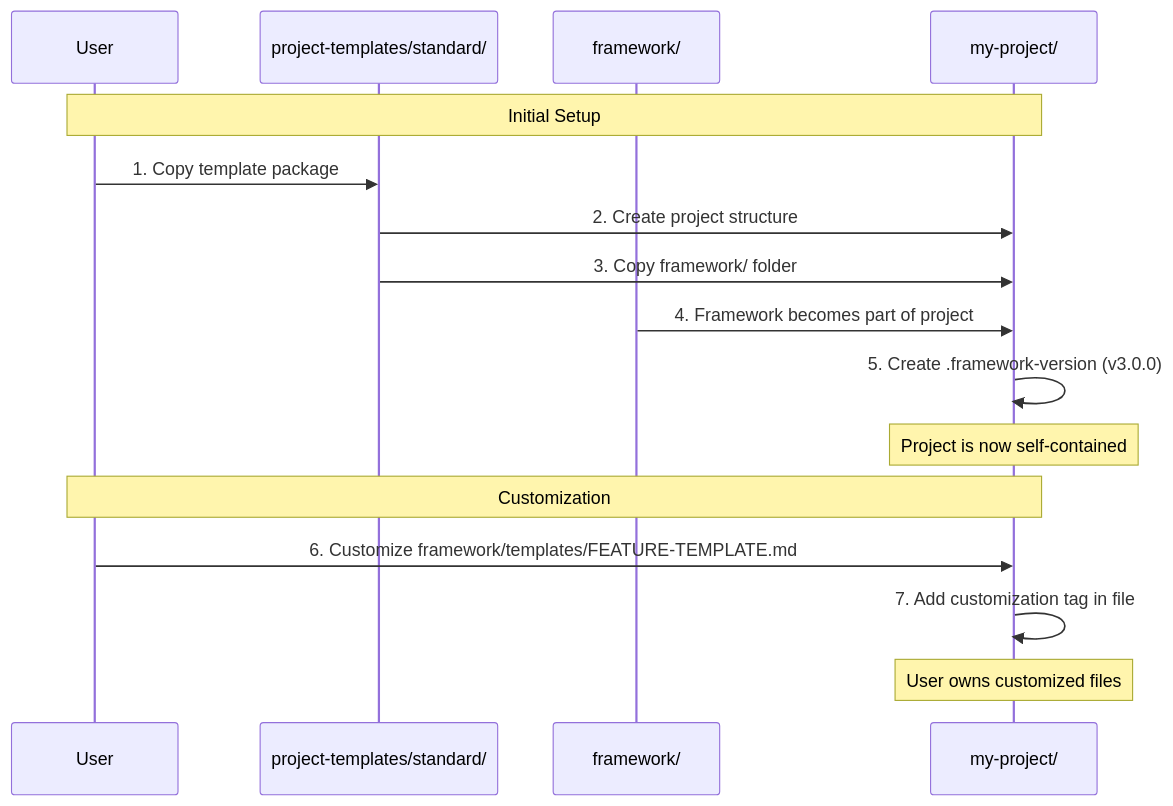
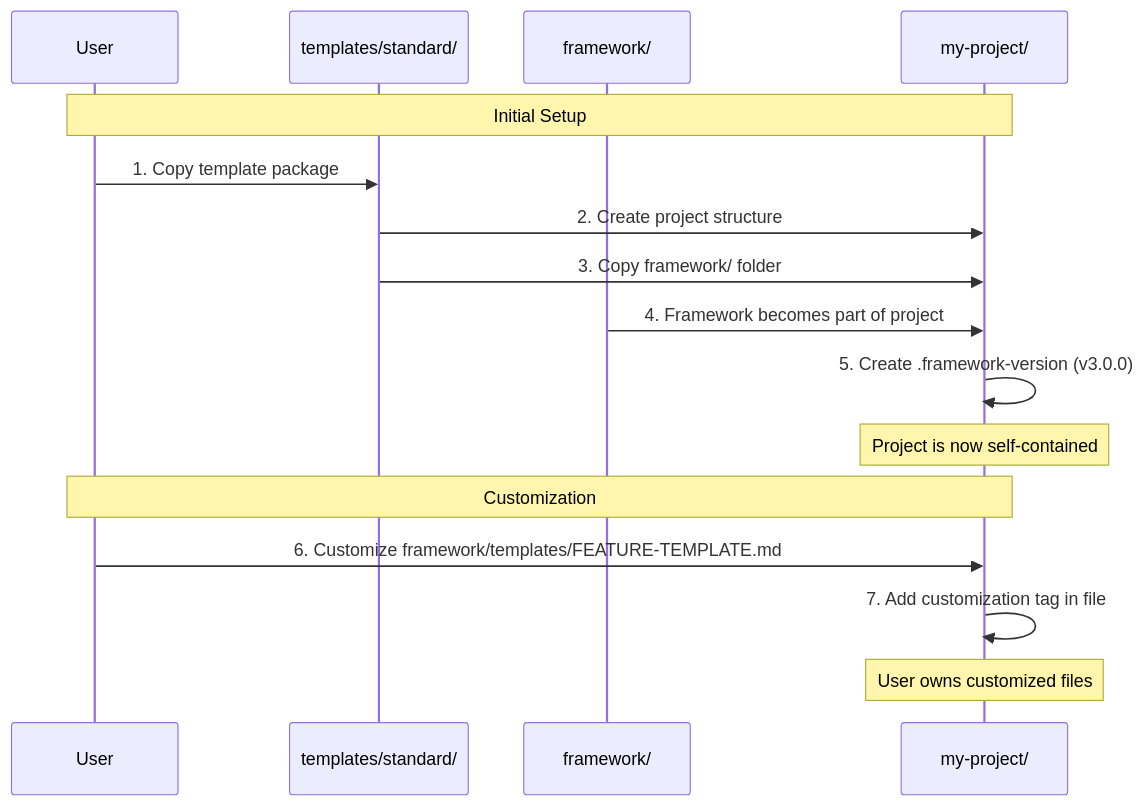
One commit to SpearIT-LLC/project-framework changed the second of 5 diagrams in framework/thoughts/work/backlog/DECISION-050-framework-distribution-flow-diagram.md. Above: the diagram before and after it, drawn with Mermaid. The commit also changed other lines of this file and 31 other files, not shown here.

First line of the commit message:
docs(REFACTOR-052): Update all project-templates path references

````diff
--- a/framework/thoughts/work/backlog/DECISION-050-framework-distribution-flow-diagram.md
+++ b/framework/thoughts/work/backlog/DECISION-050-framework-distribution-flow-diagram.md
@@ -60,22 +60,22 @@
 ```mermaid
 sequenceDiagram
     participant User
-    participant Template as project-templates/standard/
+    participant Template as templates/standard/
     participant Framework as framework/
     participant Project as my-project/
 
     Note over User,Project: Initial Setup
     User->>Template: 1. Copy template package
     Template->>Project: 2. Create project structure
     Template->>Project: 3. Copy framework/ folder
     Framework->>Project: 4. Framework becomes part of project
     Project->>Project: 5. Create .framework-version (v3.0.0)
 
     Note over Project: Project is now self-contained
 
     Note over User,Project: Customization
     User->>Project: 6. Customize framework/templates/FEATURE-TEMPLATE.md
     Project->>Project: 7. Add customization tag in file
 
     Note over Project: User owns customized files
 ```
````
